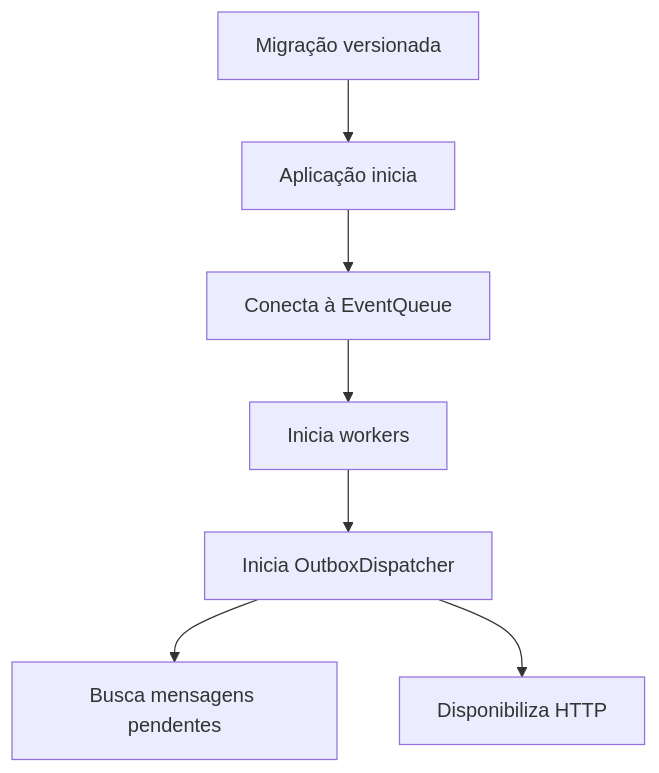
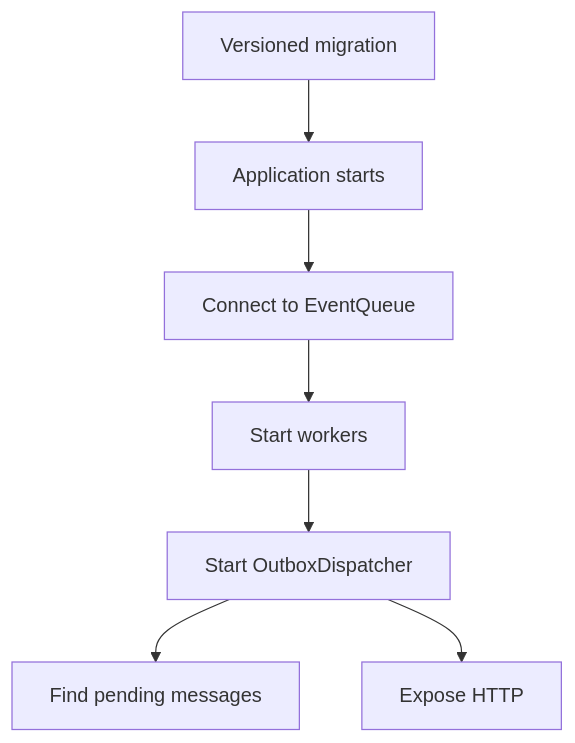
The second of 3 diagrams in docs/architecture.md (rafamguedes/go-webhook-processor), drawn with Mermaid before and after one commit. The commit also changed other lines of this file, not shown here.

Commit message:
feat: translate architecture document to English and enhance clarity

````diff
--- a/docs/architecture.md
+++ b/docs/architecture.md
@@ -54,14 +54,14 @@
 ```mermaid
 flowchart TD
-    migration[Migração versionada]
-    start[Aplicação inicia]
-    queue[Conecta à EventQueue]
-    workers[Inicia workers]
-    dispatcher[Inicia OutboxDispatcher]
-    pending[Busca mensagens pendentes]
-    server[Disponibiliza HTTP]
+    migration[Versioned migration]
+    start[Application starts]
+    queue[Connect to EventQueue]
+    workers[Start workers]
+    dispatcher[Start OutboxDispatcher]
+    pending[Find pending messages]
+    server[Expose HTTP]
 
     migration --> start --> queue --> workers --> dispatcher
     dispatcher --> pending
     dispatcher --> server
 ```
````
